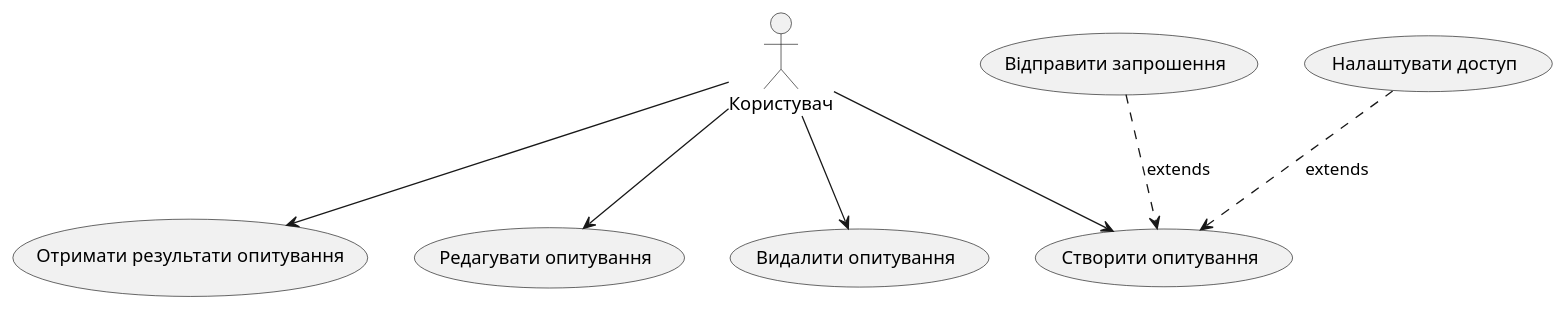
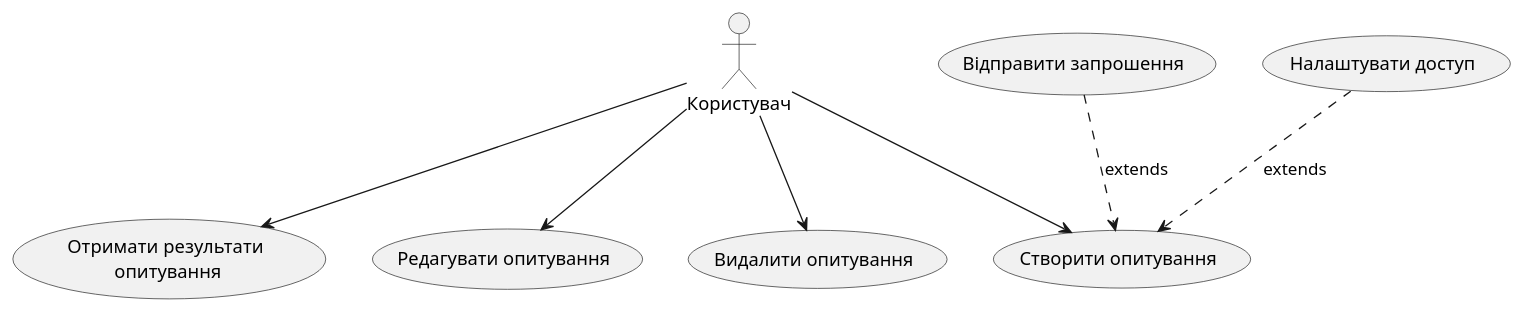
One commit to edu-db/edu_db_labs changed the fourth of 11 diagrams in docs/use cases/README.md. Above: the diagram before and after it, drawn with PlantUML. The commit also changed other lines of this file, not shown here.

```diff
--- a/docs/use cases/README.md
+++ b/docs/use cases/README.md
@@ -64,19 +64,19 @@
 @startuml
 
     actor "Користувач" as User
 
-    usecase "Отримати результати опитування" as UC_1
+    usecase "Отримати результати\n опитування" as UC_1
     usecase "Створити опитування" as UC_2
     usecase "Редагувати опитування" as UC_3
     usecase "Видалити опитування" as UC_4
     usecase "Відправити запрошення" as UC_6
     usecase "Налаштувати доступ" as UC_7
 
 User --> UC_1
 User --> UC_2
 User --> UC_3
 User --> UC_4
 UC_6 ..> UC_2: extends
 UC_7 ..> UC_2: extends
 
 @enduml
```
